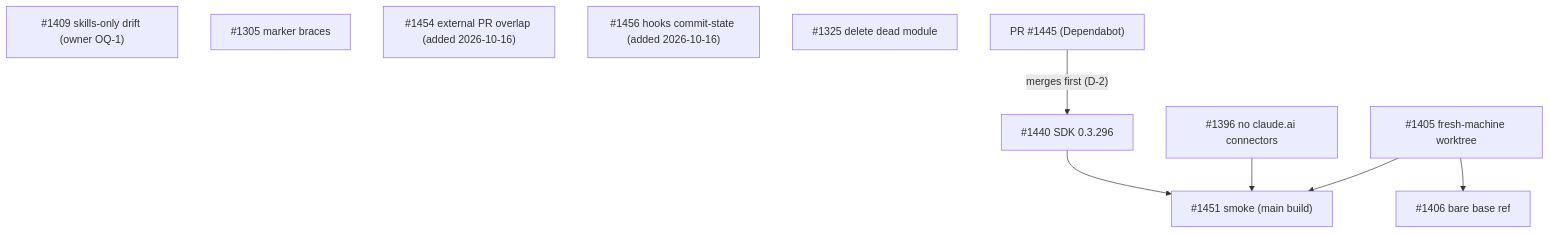
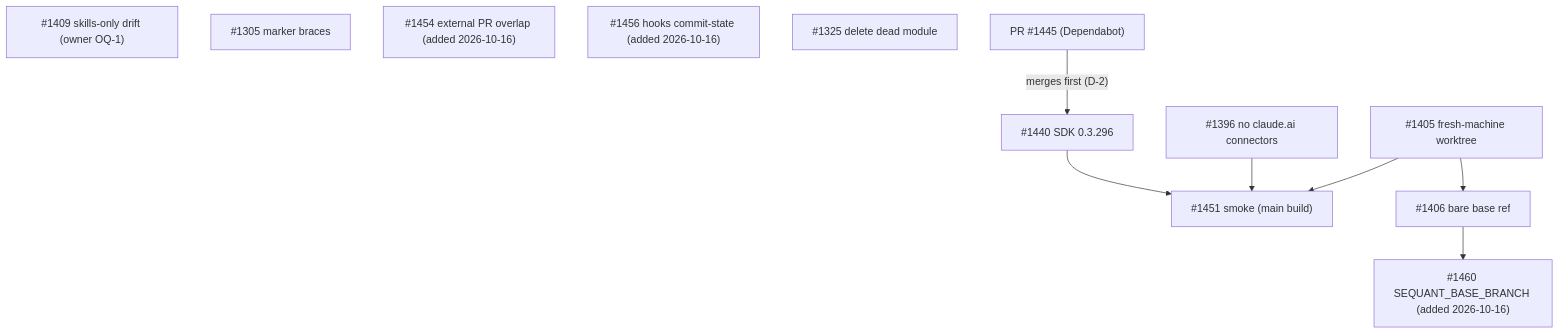
One commit to sequant-io/sequant changed the diagram in docs/internal/graph-2026-10-freeze-b/issue-graph.md. Above: the diagram before and after it, drawn with Mermaid. The commit also changed other lines of this file and 2 other files, not shown here.

First line of the commit message:
docs(graph): add #1460 to graph-2026-10-freeze-b as a wave-3 node blocked by #1406 (D-9)

````diff
--- a/docs/internal/graph-2026-10-freeze-b/issue-graph.md
+++ b/docs/internal/graph-2026-10-freeze-b/issue-graph.md
@@ -29,13 +30,14 @@
 ```mermaid
 graph TD
   N1440["#1440 SDK 0.3.296"] --> N1451["#1451 smoke (main build)"]
   N1396["#1396 no claude.ai connectors"] --> N1451
   N1405["#1405 fresh-machine worktree"] --> N1451
   N1405 --> N1406["#1406 bare base ref"]
+  N1406 --> N1460["#1460 SEQUANT_BASE_BRANCH (added 2026-10-16)"]
   N1409["#1409 skills-only drift (owner OQ-1)"]
   N1305["#1305 marker braces"]
   N1454["#1454 external PR overlap (added 2026-10-16)"]
   N1456["#1456 hooks commit-state (added 2026-10-16)"]
   N1325["#1325 delete dead module"]
   N1445["PR #1445 (Dependabot)"] -- "merges first (D-2)" --> N1440
 ```
````
